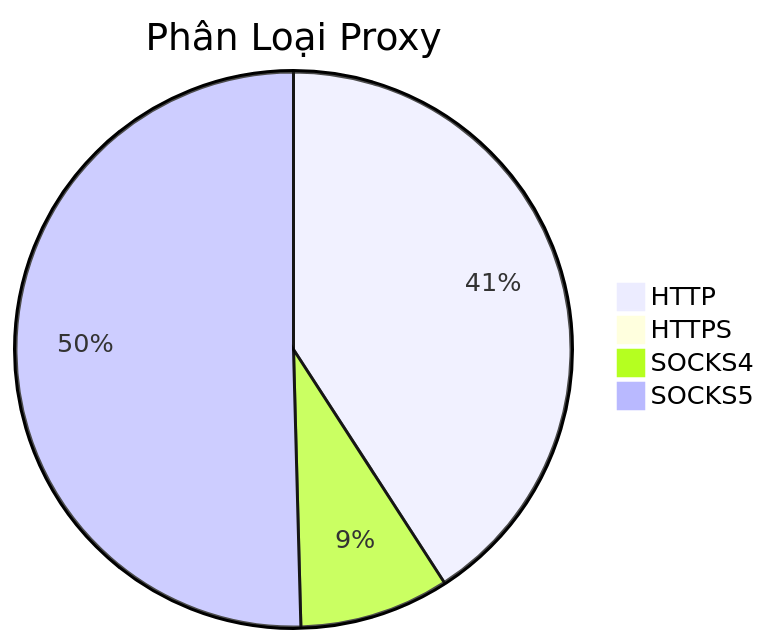
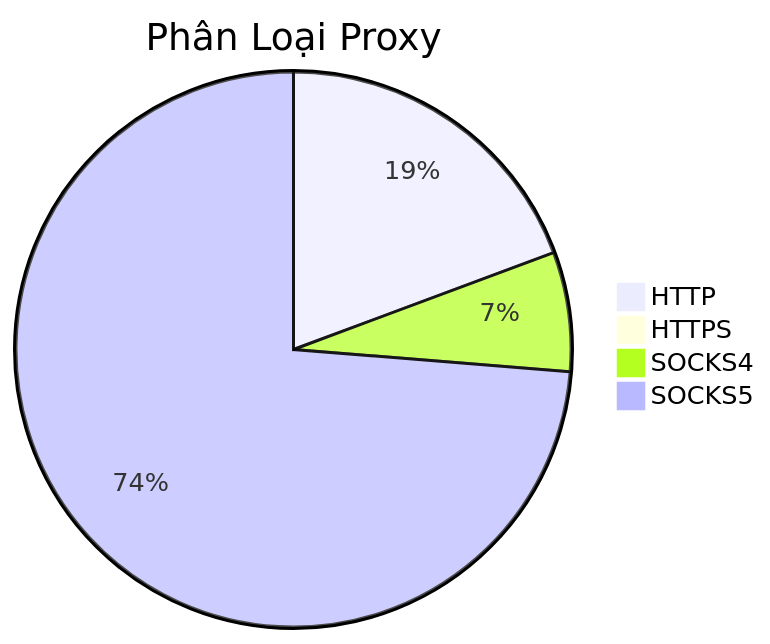
The diagram in README.md (Ciara-Aa/PROXY-free), drawn with Mermaid before and after one commit. The commit also changed other lines of this file and 4 other files, not shown here.

````diff
--- a/README.md
+++ b/README.md
@@ -26,7 +26,7 @@
 ```mermaid
 pie title Phân Loại Proxy
-    "HTTP" : 1781
+    "HTTP" : 884
     "HTTPS" : 3
-    "SOCKS4" : 380
-    "SOCKS5" : 2198
+    "SOCKS4" : 318
+    "SOCKS5" : 3372
 ```
````
